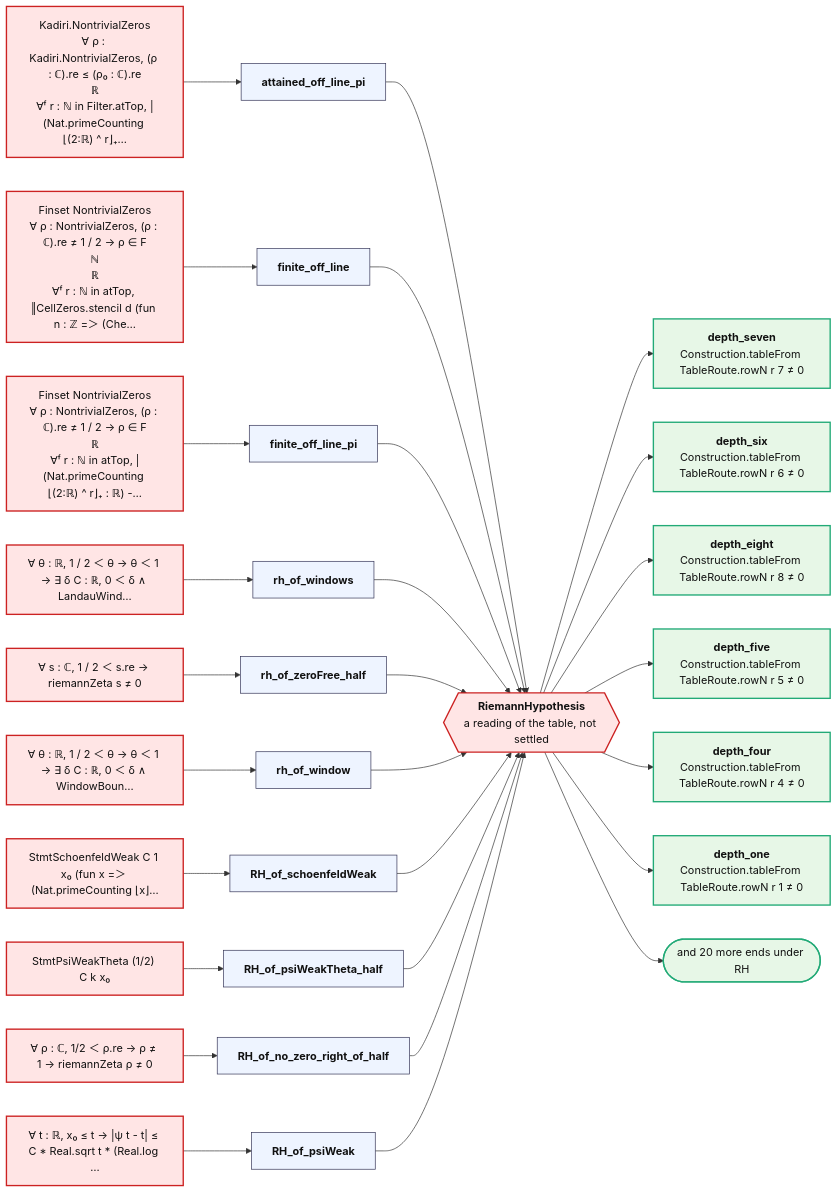
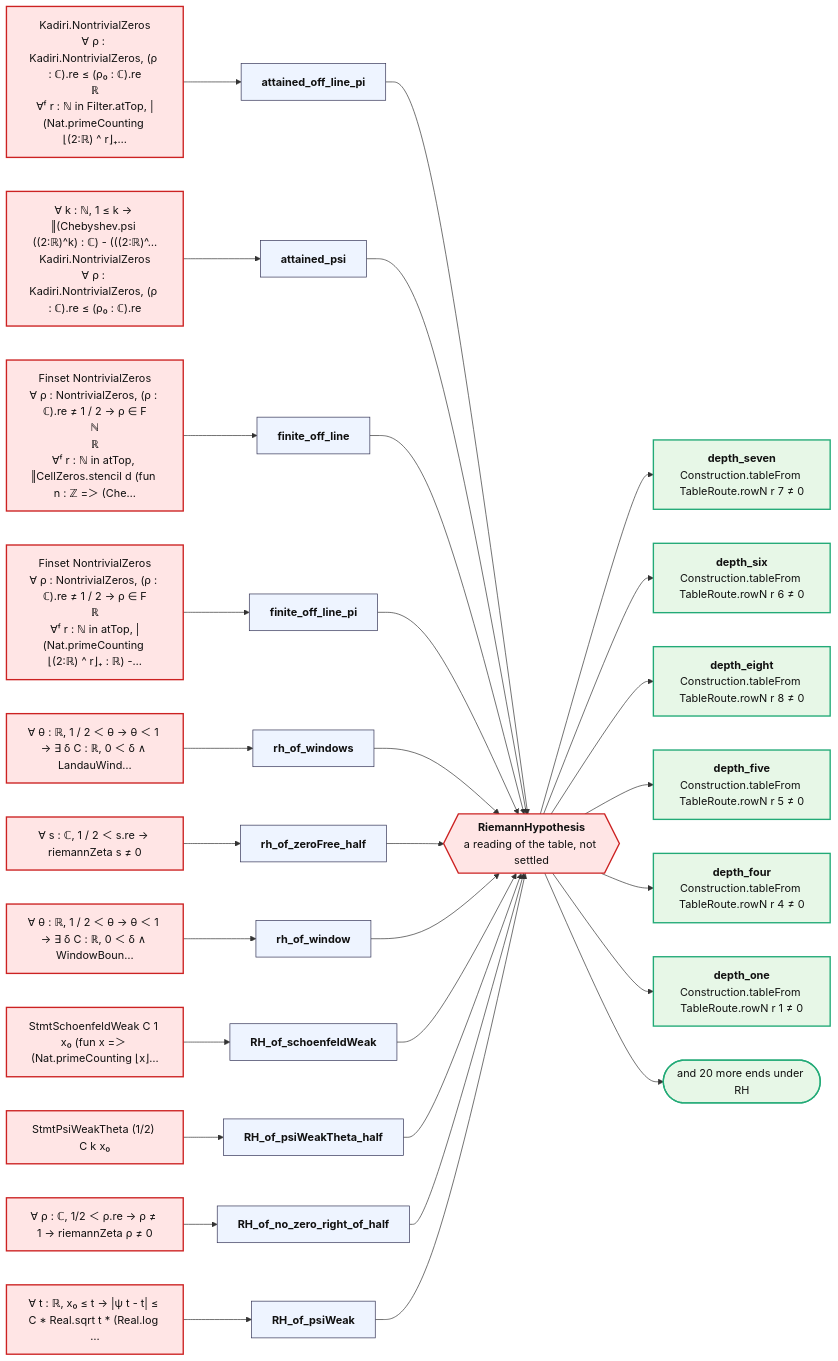
The diagram in map/ROAD.mmd (juliansambranojr/Primebeat_081426), drawn with Mermaid before and after one commit. The commit also changed 36 other files, not shown here.

```diff
--- a/map/ROAD.mmd
+++ b/map/ROAD.mmd
@@ -1,54 +1,57 @@
 flowchart LR
   rh{{"<b>RiemannHypothesis</b><br/>a reading of the table, not settled"}}:::bad
   p0["Kadiri.NontrivialZeros<br/>∀ ρ : Kadiri.NontrivialZeros, (ρ : ℂ).re ≤ (ρ₀ : ℂ).re<br/>ℝ<br/>∀ᶠ r : ℕ in Filter.atTop, |(Nat.primeCounting ⌊(2:ℝ) ^ r⌋₊…"]:::bad
   t0["<b>attained_off_line_pi</b>"]:::thm
   p0 --> t0 --> rh
-  p1["Finset NontrivialZeros<br/>∀ ρ : NontrivialZeros, (ρ : ℂ).re ≠ 1 / 2 → ρ ∈ F<br/>ℕ<br/>ℝ<br/>∀ᶠ r : ℕ in atTop, ‖CellZeros.stencil d (fun n : ℤ =＞ (Che…"]:::bad
-  t1["<b>finite_off_line</b>"]:::thm
+  p1["∀ k : ℕ, 1 ≤ k → ‖(Chebyshev.psi ((2:ℝ)^k) : ℂ) - (((2:ℝ)^…<br/>Kadiri.NontrivialZeros<br/>∀ ρ : Kadiri.NontrivialZeros, (ρ : ℂ).re ≤ (ρ₀ : ℂ).re"]:::bad
+  t1["<b>attained_psi</b>"]:::thm
   p1 --> t1 --> rh
-  p2["Finset NontrivialZeros<br/>∀ ρ : NontrivialZeros, (ρ : ℂ).re ≠ 1 / 2 → ρ ∈ F<br/>ℝ<br/>∀ᶠ r : ℕ in atTop, |(Nat.primeCounting ⌊(2:ℝ) ^ r⌋₊ : ℝ) -…"]:::bad
-  t2["<b>finite_off_line_pi</b>"]:::thm
+  p2["Finset NontrivialZeros<br/>∀ ρ : NontrivialZeros, (ρ : ℂ).re ≠ 1 / 2 → ρ ∈ F<br/>ℕ<br/>ℝ<br/>∀ᶠ r : ℕ in atTop, ‖CellZeros.stencil d (fun n : ℤ =＞ (Che…"]:::bad
+  t2["<b>finite_off_line</b>"]:::thm
   p2 --> t2 --> rh
-  p3["∀ θ : ℝ, 1 / 2 ＜ θ → θ ＜ 1 → ∃ δ C : ℝ, 0 ＜ δ ∧ LandauWind…"]:::bad
-  t3["<b>rh_of_windows</b>"]:::thm
+  p3["Finset NontrivialZeros<br/>∀ ρ : NontrivialZeros, (ρ : ℂ).re ≠ 1 / 2 → ρ ∈ F<br/>ℝ<br/>∀ᶠ r : ℕ in atTop, |(Nat.primeCounting ⌊(2:ℝ) ^ r⌋₊ : ℝ) -…"]:::bad
+  t3["<b>finite_off_line_pi</b>"]:::thm
   p3 --> t3 --> rh
-  p4["∀ s : ℂ, 1 / 2 ＜ s.re → riemannZeta s ≠ 0"]:::bad
-  t4["<b>rh_of_zeroFree_half</b>"]:::thm
+  p4["∀ θ : ℝ, 1 / 2 ＜ θ → θ ＜ 1 → ∃ δ C : ℝ, 0 ＜ δ ∧ LandauWind…"]:::bad
+  t4["<b>rh_of_windows</b>"]:::thm
   p4 --> t4 --> rh
-  p5["∀ θ : ℝ, 1 / 2 ＜ θ → θ ＜ 1 → ∃ δ C : ℝ, 0 ＜ δ ∧ WindowBoun…"]:::bad
-  t5["<b>rh_of_window</b>"]:::thm
+  p5["∀ s : ℂ, 1 / 2 ＜ s.re → riemannZeta s ≠ 0"]:::bad
+  t5["<b>rh_of_zeroFree_half</b>"]:::thm
   p5 --> t5 --> rh
-  p6["StmtSchoenfeldWeak C 1 x₀ (fun x =＞ (Nat.primeCounting ⌊x⌋…"]:::bad
-  t6["<b>RH_of_schoenfeldWeak</b>"]:::thm
+  p6["∀ θ : ℝ, 1 / 2 ＜ θ → θ ＜ 1 → ∃ δ C : ℝ, 0 ＜ δ ∧ WindowBoun…"]:::bad
+  t6["<b>rh_of_window</b>"]:::thm
   p6 --> t6 --> rh
-  p7["StmtPsiWeakTheta (1/2) C k x₀"]:::bad
-  t7["<b>RH_of_psiWeakTheta_half</b>"]:::thm
+  p7["StmtSchoenfeldWeak C 1 x₀ (fun x =＞ (Nat.primeCounting ⌊x⌋…"]:::bad
+  t7["<b>RH_of_schoenfeldWeak</b>"]:::thm
   p7 --> t7 --> rh
-  p8["∀ ρ : ℂ, 1/2 ＜ ρ.re → ρ ≠ 1 → riemannZeta ρ ≠ 0"]:::bad
-  t8["<b>RH_of_no_zero_right_of_half</b>"]:::thm
+  p8["StmtPsiWeakTheta (1/2) C k x₀"]:::bad
+  t8["<b>RH_of_psiWeakTheta_half</b>"]:::thm
   p8 --> t8 --> rh
-  p9["∀ t : ℝ, x₀ ≤ t → |ψ t - t| ≤ C * Real.sqrt t * (Real.log …"]:::bad
-  t9["<b>RH_of_psiWeak</b>"]:::thm
+  p9["∀ ρ : ℂ, 1/2 ＜ ρ.re → ρ ≠ 1 → riemannZeta ρ ≠ 0"]:::bad
+  t9["<b>RH_of_no_zero_right_of_half</b>"]:::thm
   p9 --> t9 --> rh
+  p10["∀ t : ℝ, x₀ ≤ t → |ψ t - t| ≤ C * Real.sqrt t * (Real.log …"]:::bad
+  t10["<b>RH_of_psiWeak</b>"]:::thm
+  p10 --> t10 --> rh
   e0["<b>depth_seven</b><br/>Construction.tableFrom TableRoute.rowN r 7 ≠ 0"]:::end_
   rh --> e0
   e1["<b>depth_six</b><br/>Construction.tableFrom TableRoute.rowN r 6 ≠ 0"]:::end_
   rh --> e1
   e2["<b>depth_eight</b><br/>Construction.tableFrom TableRoute.rowN r 8 ≠ 0"]:::end_
   rh --> e2
   e3["<b>depth_five</b><br/>Construction.tableFrom TableRoute.rowN r 5 ≠ 0"]:::end_
   rh --> e3
   e4["<b>depth_four</b><br/>Construction.tableFrom TableRoute.rowN r 4 ≠ 0"]:::end_
   rh --> e4
   e5["<b>depth_one</b><br/>Construction.tableFrom TableRoute.rowN r 1 ≠ 0"]:::end_
   rh --> e5
   more(["and 20 more ends under RH"]):::end_
   rh --> more
   classDef cnt fill:#dff5ec,stroke:#17694a,color:#111
   classDef shp fill:#f1ecfb,stroke:#5b3fa0,color:#111
   classDef rh fill:#ffe5e5,stroke:#c22,color:#111,stroke-width:2px
   classDef thm fill:#eef4ff,stroke:#335,color:#111
   classDef end_ fill:#e7f7e7,stroke:#2a7,color:#111,stroke-width:2px
   classDef lone fill:#fff,stroke:#999,color:#111,stroke-dasharray:4 3
   classDef bad fill:#ffe5e5,stroke:#c22,color:#111,stroke-width:2px
   classDef ext fill:#fff8e1,stroke:#b80,color:#111
```
